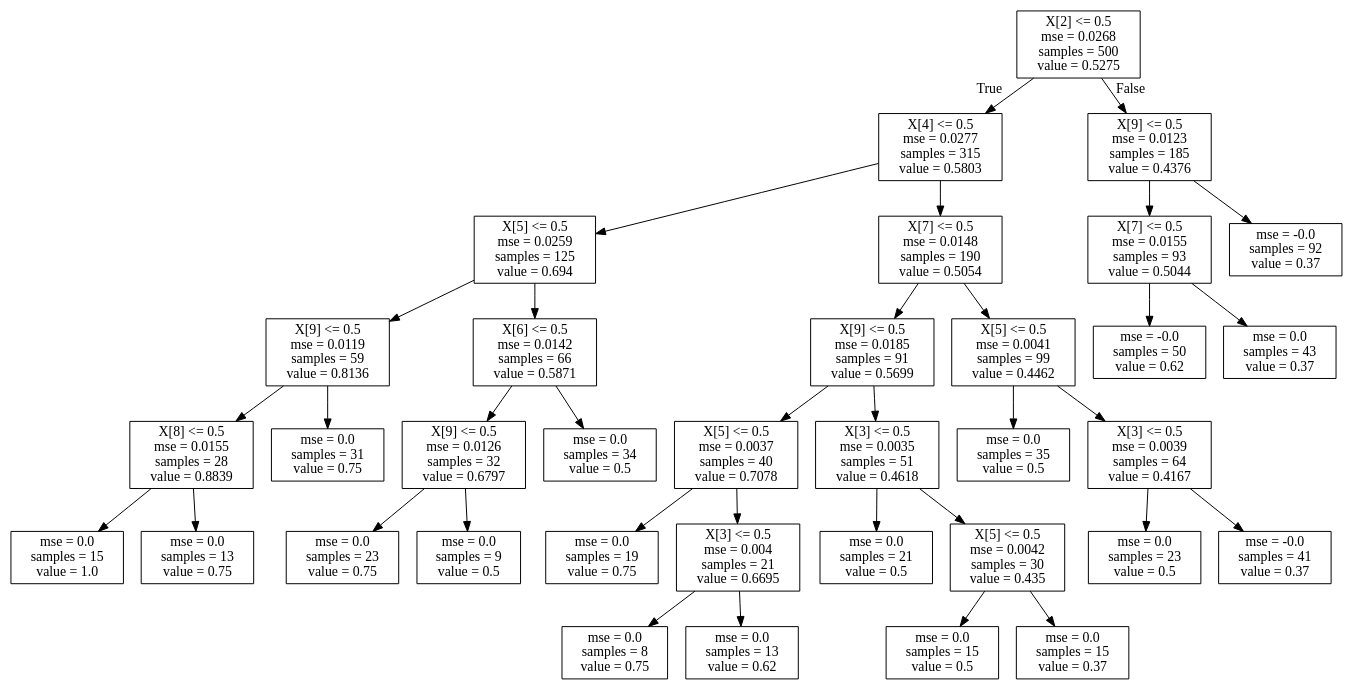
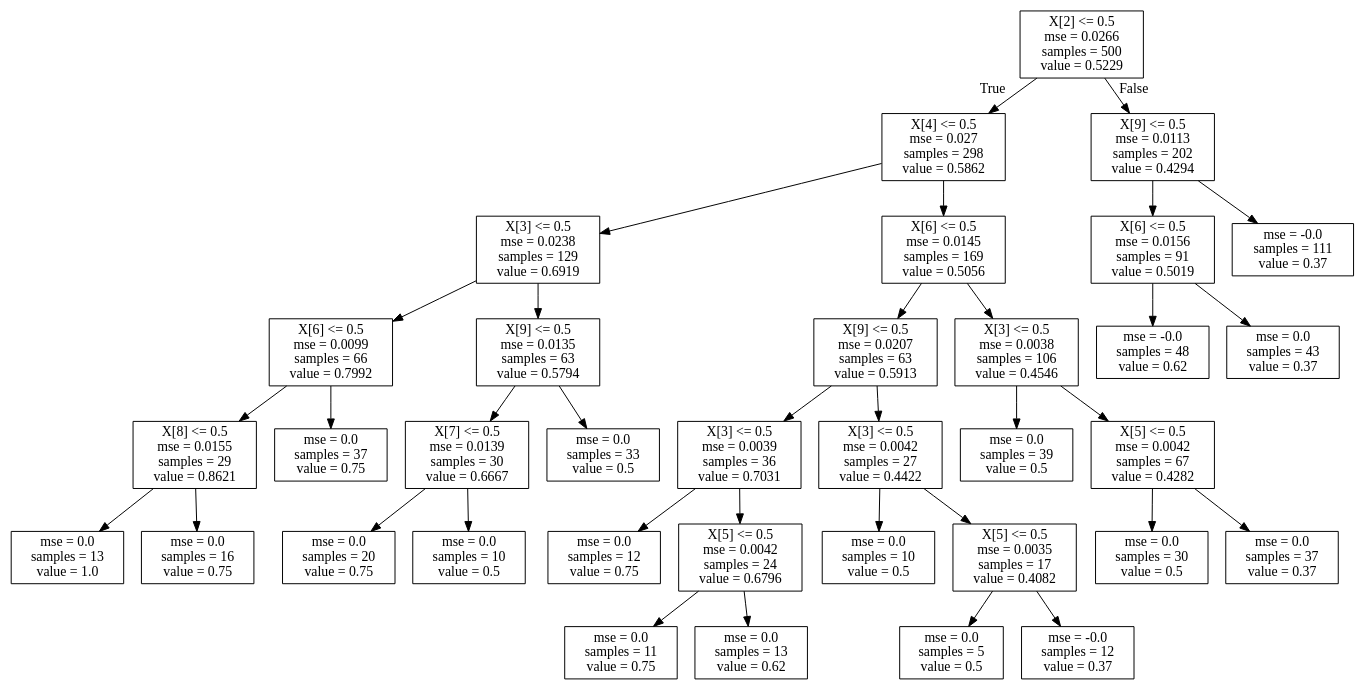
The diagram in surrogate_data/simple_0.dot (ai-se/SPL), drawn with Graphviz before and after one commit. The commit also changed 46 other files, not shown here.

```diff
--- a/surrogate_data/simple_0.dot
+++ b/surrogate_data/simple_0.dot
@@ -1,72 +1,72 @@
 digraph Tree {
 node [shape=box] ;
-0 [label="X[2] <= 0.5\nmse = 0.0268\nsamples = 500\nvalue = 0.5275"] ;
-1 [label="X[4] <= 0.5\nmse = 0.0277\nsamples = 315\nvalue = 0.5803"] ;
+0 [label="X[2] <= 0.5\nmse = 0.0266\nsamples = 500\nvalue = 0.5229"] ;
+1 [label="X[4] <= 0.5\nmse = 0.027\nsamples = 298\nvalue = 0.5862"] ;
 0 -> 1 [labeldistance=2.5, labelangle=45, headlabel="True"] ;
-2 [label="X[5] <= 0.5\nmse = 0.0259\nsamples = 125\nvalue = 0.694"] ;
+2 [label="X[3] <= 0.5\nmse = 0.0238\nsamples = 129\nvalue = 0.6919"] ;
 1 -> 2 ;
-3 [label="X[9] <= 0.5\nmse = 0.0119\nsamples = 59\nvalue = 0.8136"] ;
+3 [label="X[6] <= 0.5\nmse = 0.0099\nsamples = 66\nvalue = 0.7992"] ;
 2 -> 3 ;
-4 [label="X[8] <= 0.5\nmse = 0.0155\nsamples = 28\nvalue = 0.8839"] ;
+4 [label="X[8] <= 0.5\nmse = 0.0155\nsamples = 29\nvalue = 0.8621"] ;
 3 -> 4 ;
-5 [label="mse = 0.0\nsamples = 15\nvalue = 1.0"] ;
+5 [label="mse = 0.0\nsamples = 13\nvalue = 1.0"] ;
 4 -> 5 ;
-6 [label="mse = 0.0\nsamples = 13\nvalue = 0.75"] ;
+6 [label="mse = 0.0\nsamples = 16\nvalue = 0.75"] ;
 4 -> 6 ;
-7 [label="mse = 0.0\nsamples = 31\nvalue = 0.75"] ;
+7 [label="mse = 0.0\nsamples = 37\nvalue = 0.75"] ;
 3 -> 7 ;
-8 [label="X[6] <= 0.5\nmse = 0.0142\nsamples = 66\nvalue = 0.5871"] ;
+8 [label="X[9] <= 0.5\nmse = 0.0135\nsamples = 63\nvalue = 0.5794"] ;
 2 -> 8 ;
-9 [label="X[9] <= 0.5\nmse = 0.0126\nsamples = 32\nvalue = 0.6797"] ;
+9 [label="X[7] <= 0.5\nmse = 0.0139\nsamples = 30\nvalue = 0.6667"] ;
 8 -> 9 ;
-10 [label="mse = 0.0\nsamples = 23\nvalue = 0.75"] ;
+10 [label="mse = 0.0\nsamples = 20\nvalue = 0.75"] ;
 9 -> 10 ;
-11 [label="mse = 0.0\nsamples = 9\nvalue = 0.5"] ;
+11 [label="mse = 0.0\nsamples = 10\nvalue = 0.5"] ;
 9 -> 11 ;
-12 [label="mse = 0.0\nsamples = 34\nvalue = 0.5"] ;
+12 [label="mse = 0.0\nsamples = 33\nvalue = 0.5"] ;
 8 -> 12 ;
-13 [label="X[7] <= 0.5\nmse = 0.0148\nsamples = 190\nvalue = 0.5054"] ;
+13 [label="X[6] <= 0.5\nmse = 0.0145\nsamples = 169\nvalue = 0.5056"] ;
 1 -> 13 ;
-14 [label="X[9] <= 0.5\nmse = 0.0185\nsamples = 91\nvalue = 0.5699"] ;
+14 [label="X[9] <= 0.5\nmse = 0.0207\nsamples = 63\nvalue = 0.5913"] ;
 13 -> 14 ;
-15 [label="X[5] <= 0.5\nmse = 0.0037\nsamples = 40\nvalue = 0.7078"] ;
+15 [label="X[3] <= 0.5\nmse = 0.0039\nsamples = 36\nvalue = 0.7031"] ;
 14 -> 15 ;
-16 [label="mse = 0.0\nsamples = 19\nvalue = 0.75"] ;
+16 [label="mse = 0.0\nsamples = 12\nvalue = 0.75"] ;
 15 -> 16 ;
-17 [label="X[3] <= 0.5\nmse = 0.004\nsamples = 21\nvalue = 0.6695"] ;
+17 [label="X[5] <= 0.5\nmse = 0.0042\nsamples = 24\nvalue = 0.6796"] ;
 15 -> 17 ;
-18 [label="mse = 0.0\nsamples = 8\nvalue = 0.75"] ;
+18 [label="mse = 0.0\nsamples = 11\nvalue = 0.75"] ;
 17 -> 18 ;
 19 [label="mse = 0.0\nsamples = 13\nvalue = 0.62"] ;
 17 -> 19 ;
-20 [label="X[3] <= 0.5\nmse = 0.0035\nsamples = 51\nvalue = 0.4618"] ;
+20 [label="X[3] <= 0.5\nmse = 0.0042\nsamples = 27\nvalue = 0.4422"] ;
 14 -> 20 ;
-21 [label="mse = 0.0\nsamples = 21\nvalue = 0.5"] ;
+21 [label="mse = 0.0\nsamples = 10\nvalue = 0.5"] ;
 20 -> 21 ;
-22 [label="X[5] <= 0.5\nmse = 0.0042\nsamples = 30\nvalue = 0.435"] ;
+22 [label="X[5] <= 0.5\nmse = 0.0035\nsamples = 17\nvalue = 0.4082"] ;
 20 -> 22 ;
-23 [label="mse = 0.0\nsamples = 15\nvalue = 0.5"] ;
+23 [label="mse = 0.0\nsamples = 5\nvalue = 0.5"] ;
 22 -> 23 ;
-24 [label="mse = 0.0\nsamples = 15\nvalue = 0.37"] ;
+24 [label="mse = -0.0\nsamples = 12\nvalue = 0.37"] ;
 22 -> 24 ;
-25 [label="X[5] <= 0.5\nmse = 0.0041\nsamples = 99\nvalue = 0.4462"] ;
+25 [label="X[3] <= 0.5\nmse = 0.0038\nsamples = 106\nvalue = 0.4546"] ;
 13 -> 25 ;
-26 [label="mse = 0.0\nsamples = 35\nvalue = 0.5"] ;
+26 [label="mse = 0.0\nsamples = 39\nvalue = 0.5"] ;
 25 -> 26 ;
-27 [label="X[3] <= 0.5\nmse = 0.0039\nsamples = 64\nvalue = 0.4167"] ;
+27 [label="X[5] <= 0.5\nmse = 0.0042\nsamples = 67\nvalue = 0.4282"] ;
 25 -> 27 ;
-28 [label="mse = 0.0\nsamples = 23\nvalue = 0.5"] ;
+28 [label="mse = 0.0\nsamples = 30\nvalue = 0.5"] ;
 27 -> 28 ;
-29 [label="mse = -0.0\nsamples = 41\nvalue = 0.37"] ;
+29 [label="mse = 0.0\nsamples = 37\nvalue = 0.37"] ;
 27 -> 29 ;
-30 [label="X[9] <= 0.5\nmse = 0.0123\nsamples = 185\nvalue = 0.4376"] ;
+30 [label="X[9] <= 0.5\nmse = 0.0113\nsamples = 202\nvalue = 0.4294"] ;
 0 -> 30 [labeldistance=2.5, labelangle=-45, headlabel="False"] ;
-31 [label="X[7] <= 0.5\nmse = 0.0155\nsamples = 93\nvalue = 0.5044"] ;
+31 [label="X[6] <= 0.5\nmse = 0.0156\nsamples = 91\nvalue = 0.5019"] ;
 30 -> 31 ;
-32 [label="mse = -0.0\nsamples = 50\nvalue = 0.62"] ;
+32 [label="mse = -0.0\nsamples = 48\nvalue = 0.62"] ;
 31 -> 32 ;
 33 [label="mse = 0.0\nsamples = 43\nvalue = 0.37"] ;
 31 -> 33 ;
-34 [label="mse = -0.0\nsamples = 92\nvalue = 0.37"] ;
+34 [label="mse = -0.0\nsamples = 111\nvalue = 0.37"] ;
 30 -> 34 ;
 }
```
